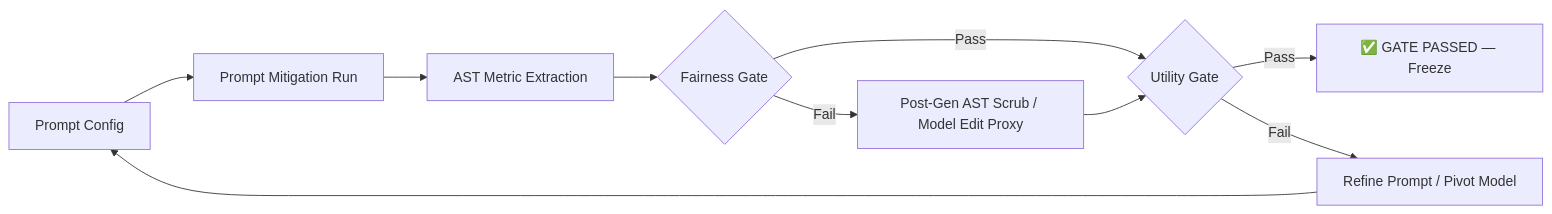
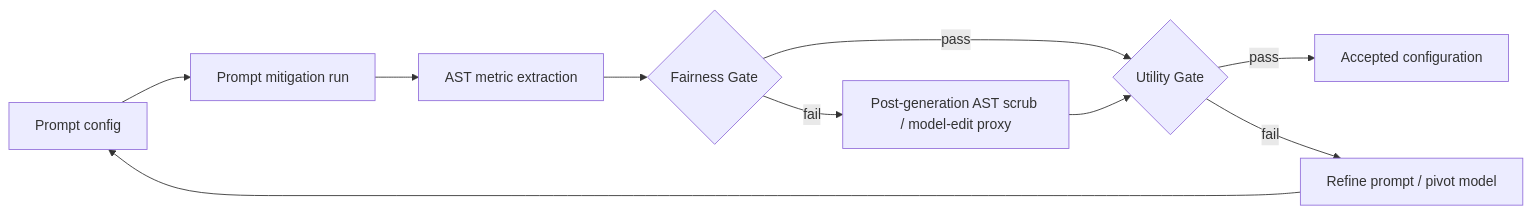
The diagram in Codes/mitigation/README.md (dhruba-datta/CodeAudit-X), drawn with Mermaid before and after one commit. The commit also changed other lines of this file and 13 other files, not shown here.

````diff
--- a/Codes/mitigation/README.md
+++ b/Codes/mitigation/README.md
@@ -7,12 +11,12 @@
 ```mermaid
 graph LR
-    A[Prompt Config] --> B[Prompt Mitigation Run]
-    B --> C[AST Metric Extraction]
+    A[Prompt config] --> B[Prompt mitigation run]
+    B --> C[AST metric extraction]
     C --> D{Fairness Gate}
-    D -->|Pass| E{Utility Gate}
-    D -->|Fail| F[Post-Gen AST Scrub / Model Edit Proxy]
+    D -->|pass| E{Utility Gate}
+    D -->|fail| F[Post-generation AST scrub / model-edit proxy]
     F --> E
-    E -->|Pass| G["✅ GATE PASSED — Freeze"]
-    E -->|Fail| H[Refine Prompt / Pivot Model]
+    E -->|pass| G[Accepted configuration]
+    E -->|fail| H[Refine prompt / pivot model]
     H --> A
 ```
````
